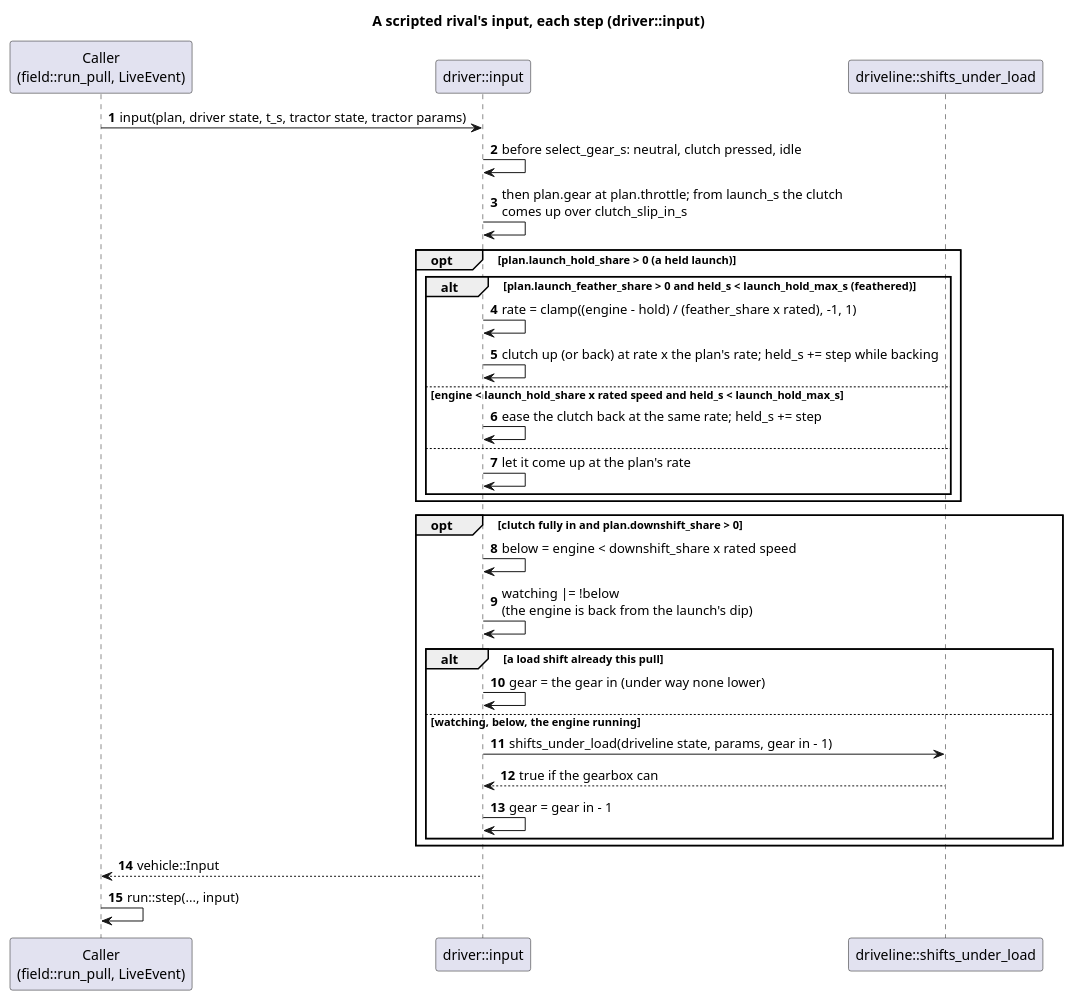
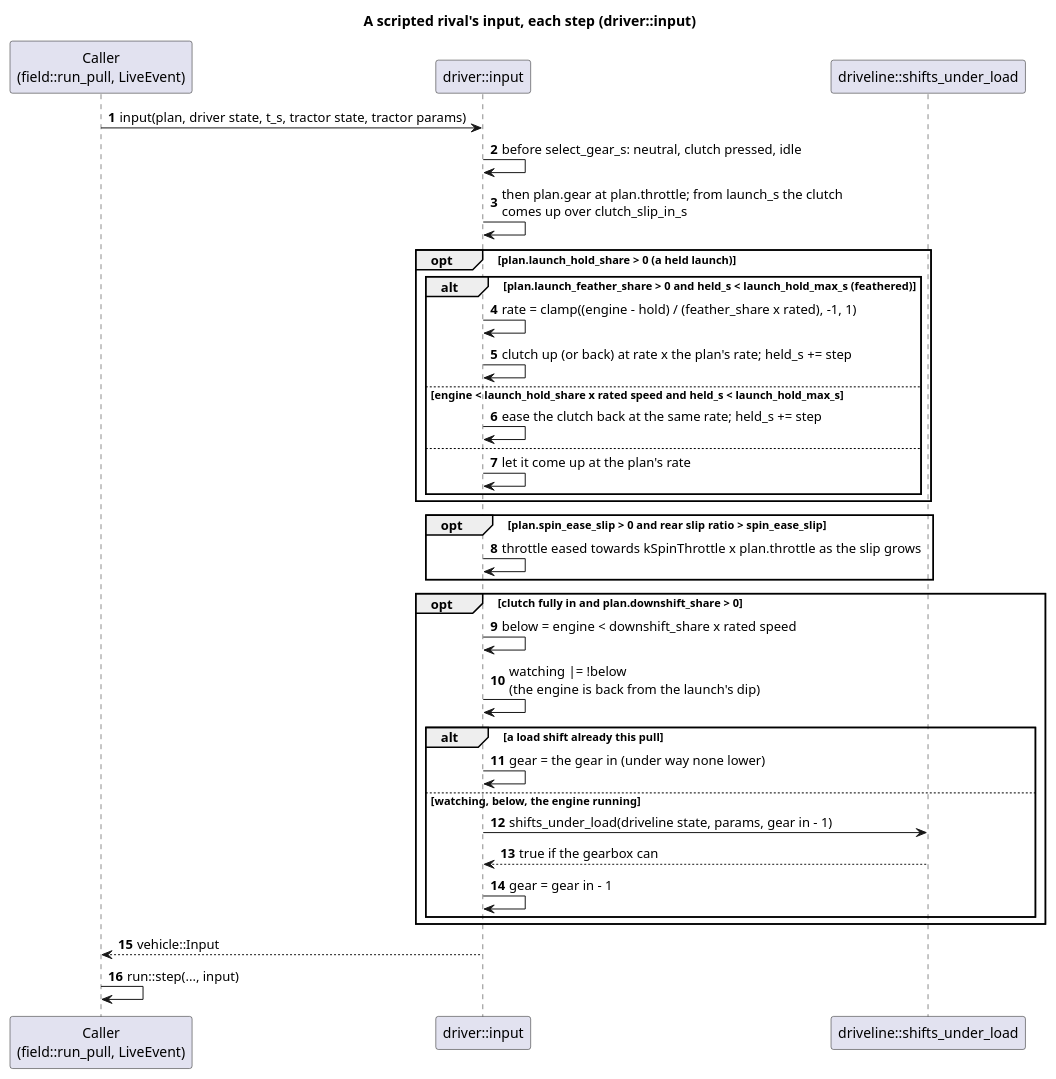
One commit to wversteeg/TractorPulling changed the diagram in docs/diagrams/driver_input_sequence.puml. Above: the diagram before and after it, drawn with PlantUML. The commit also changed 28 other files, not shown here.

First line of the commit message:
Supersport pullers: drive and tire comments, diagrams for fall speed, throw drag and spin ease

```diff
--- a/docs/diagrams/driver_input_sequence.puml
+++ b/docs/diagrams/driver_input_sequence.puml
@@ -1,34 +1,37 @@
 @startuml driver_input_sequence
 title A scripted rival's input, each step (driver::input)
 autonumber
 participant "Caller\n(field::run_pull, LiveEvent)" as Caller
 participant "driver::input" as Driver
 participant "driveline::shifts_under_load" as Load
 
 Caller -> Driver : input(plan, driver state, t_s, tractor state, tractor params)
 Driver -> Driver : before select_gear_s: neutral, clutch pressed, idle
 Driver -> Driver : then plan.gear at plan.throttle; from launch_s the clutch\ncomes up over clutch_slip_in_s
 opt plan.launch_hold_share > 0 (a held launch)
   alt plan.launch_feather_share > 0 and held_s < launch_hold_max_s (feathered)
     Driver -> Driver : rate = clamp((engine - hold) / (feather_share x rated), -1, 1)
-    Driver -> Driver : clutch up (or back) at rate x the plan's rate; held_s += step while backing
+    Driver -> Driver : clutch up (or back) at rate x the plan's rate; held_s += step
   else engine < launch_hold_share x rated speed and held_s < launch_hold_max_s
     Driver -> Driver : ease the clutch back at the same rate; held_s += step
   else
     Driver -> Driver : let it come up at the plan's rate
   end
+end
+opt plan.spin_ease_slip > 0 and rear slip ratio > spin_ease_slip
+  Driver -> Driver : throttle eased towards kSpinThrottle x plan.throttle as the slip grows
 end
 opt clutch fully in and plan.downshift_share > 0
   Driver -> Driver : below = engine < downshift_share x rated speed
   Driver -> Driver : watching |= !below\n(the engine is back from the launch's dip)
   alt a load shift already this pull
     Driver -> Driver : gear = the gear in (under way none lower)
   else watching, below, the engine running
     Driver -> Load : shifts_under_load(driveline state, params, gear in - 1)
     Load --> Driver : true if the gearbox can
     Driver -> Driver : gear = gear in - 1
   end
 end
 Driver --> Caller : vehicle::Input
 Caller -> Caller : run::step(..., input)
 @enduml
```
